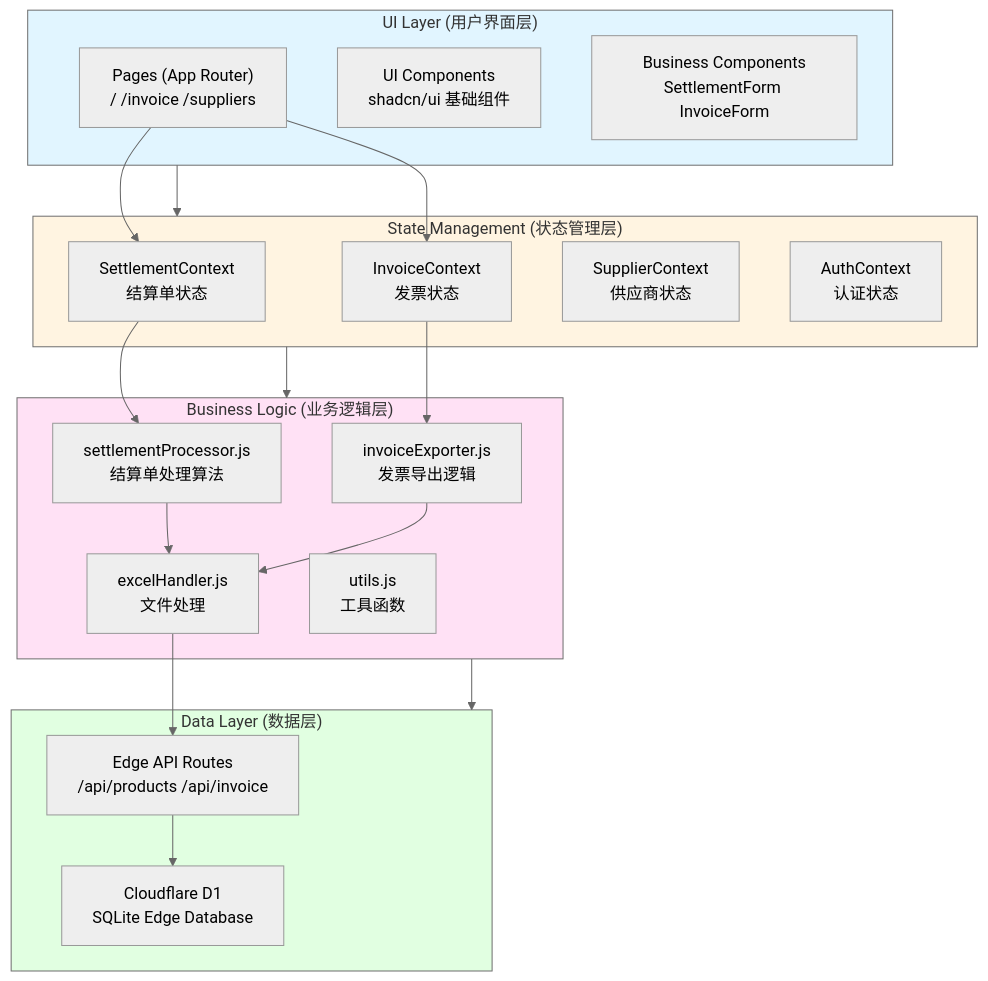
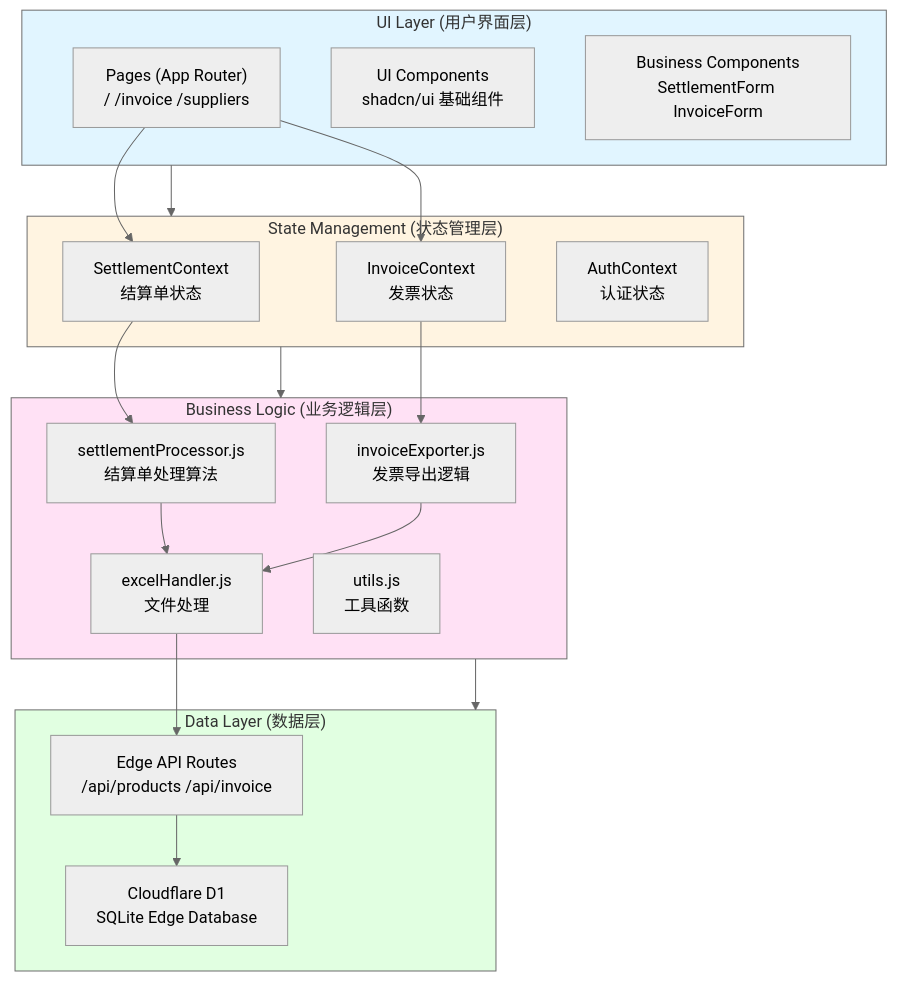
The first of 5 diagrams in docs/blog/技术博客配图.md (jinzhepro/JD-Bill-Filter), drawn with Mermaid (neutral theme) before and after one commit. The commit also changed other lines of this file and 14 other files, not shown here.

````diff
--- a/docs/blog/技术博客配图.md
+++ b/docs/blog/技术博客配图.md
@@ -9,45 +9,44 @@
 ```mermaid
 graph TB
     subgraph UI["UI Layer (用户界面层)"]
         Pages["Pages (App Router)<br/>/ /invoice /suppliers"]
         UIComponents["UI Components<br/>shadcn/ui 基础组件"]
         BusinessComponents["Business Components<br/>SettlementForm InvoiceForm"]
     end
-    
+
     subgraph State["State Management (状态管理层)"]
         SettlementCtx["SettlementContext<br/>结算单状态"]
         InvoiceCtx["InvoiceContext<br/>发票状态"]
-        SupplierCtx["SupplierContext<br/>供应商状态"]
         AuthCtx["AuthContext<br/>认证状态"]
     end
-    
+
     subgraph Logic["Business Logic (业务逻辑层)"]
         Processor["settlementProcessor.js<br/>结算单处理算法"]
         Exporter["invoiceExporter.js<br/>发票导出逻辑"]
         Handler["excelHandler.js<br/>文件处理"]
         Utils["utils.js<br/>工具函数"]
     end
-    
+
     subgraph Data["Data Layer (数据层)"]
         APIRoutes["Edge API Routes<br/>/api/products /api/invoice"]
         D1["Cloudflare D1<br/>SQLite Edge Database"]
     end
-    
+
     UI --> State
     State --> Logic
     Logic --> Data
-    
+
     Pages --> SettlementCtx
     Pages --> InvoiceCtx
     SettlementCtx --> Processor
     InvoiceCtx --> Exporter
     Processor --> Handler
     Exporter --> Handler
     Handler --> APIRoutes
     APIRoutes --> D1
-    
+
     style UI fill:#e1f5ff
     style State fill:#fff4e1
     style Logic fill:#ffe1f5
     style Data fill:#e1ffe1
 ```
````
